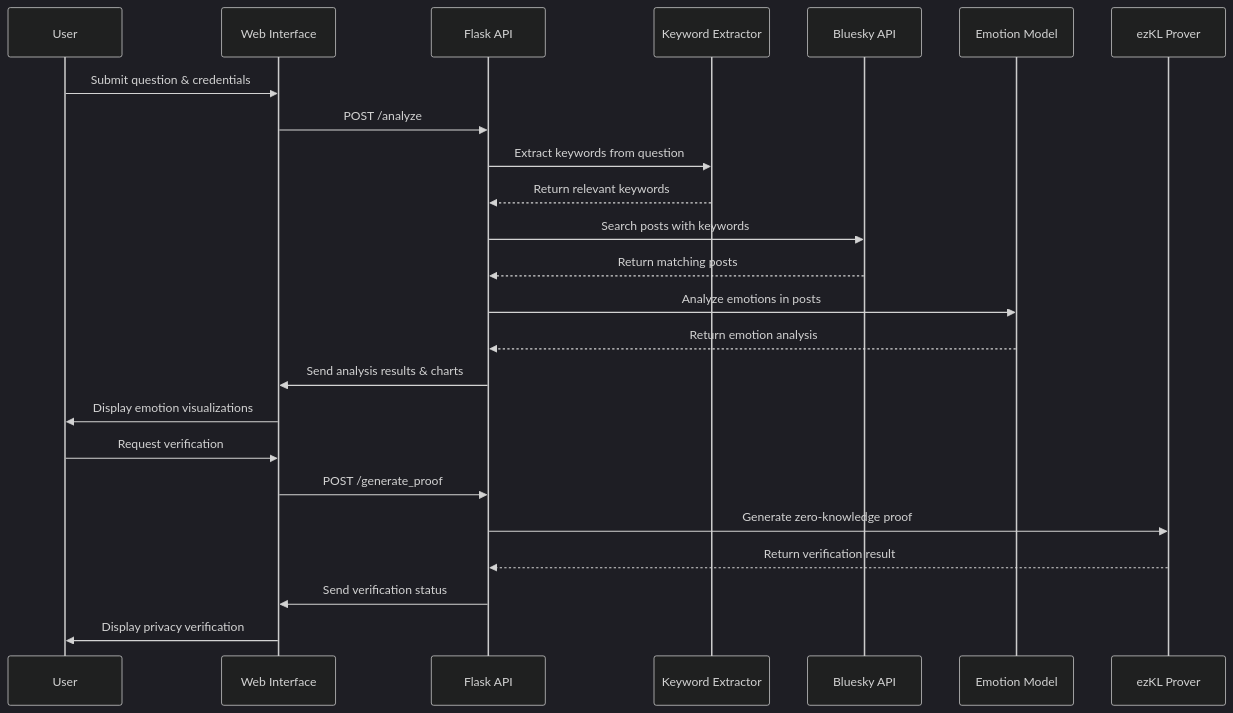
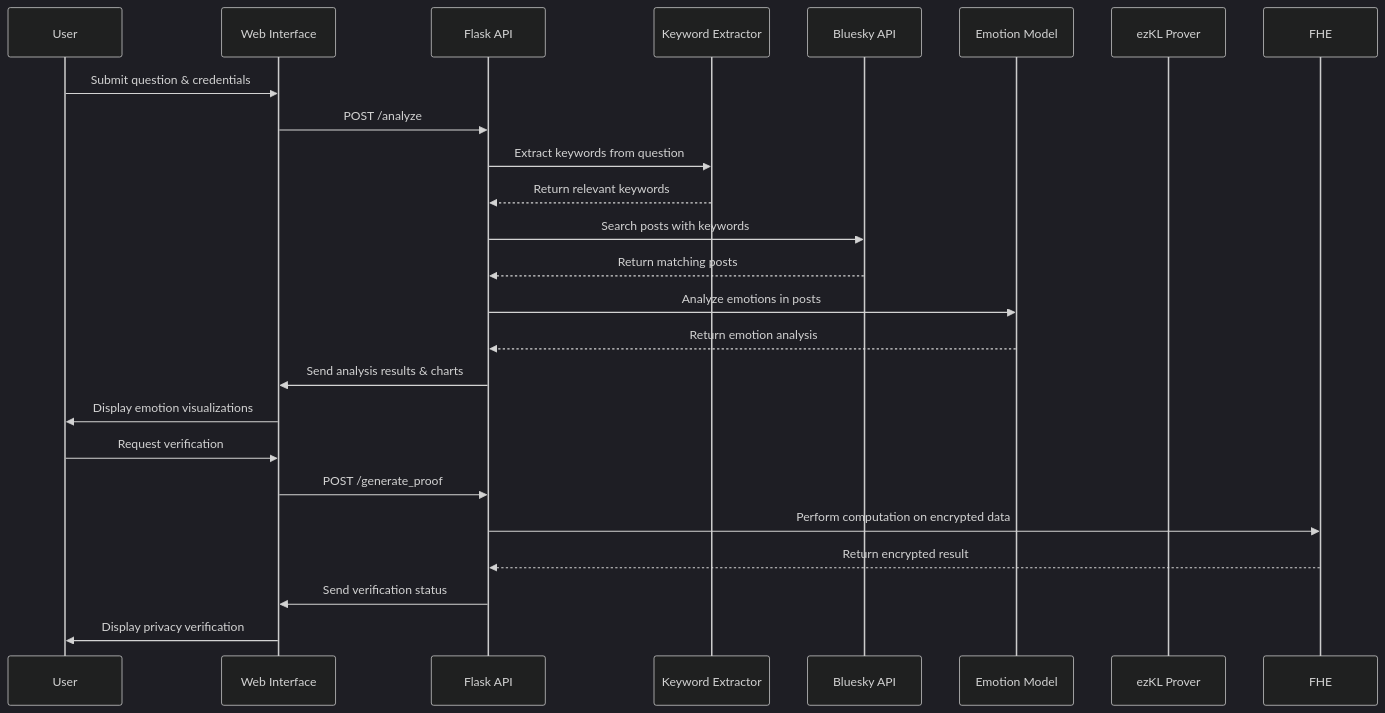
Before and after one commit to aka-0x4C3DD/encode-zkML-bootcamp-project: the second of 2 diagrams in README.md, drawn with Mermaid (dark theme). The commit also changed other lines of this file and 9 other files, not shown here.

````diff
--- a/README.md
+++ b/README.md
@@ -85,28 +85,28 @@
 ```mermaid
 sequenceDiagram
     participant User
     participant WebUI as Web Interface
     participant API as Flask API
     participant NLP as Keyword Extractor
     participant BSky as Bluesky API
     participant Model as Emotion Model
     participant ZKP as ezKL Prover
 
     User->>WebUI: Submit question & credentials
     WebUI->>API: POST /analyze
     API->>NLP: Extract keywords from question
     NLP-->>API: Return relevant keywords
     API->>BSky: Search posts with keywords
     BSky-->>API: Return matching posts
     API->>Model: Analyze emotions in posts
     Model-->>API: Return emotion analysis
     API->>WebUI: Send analysis results & charts
     WebUI->>User: Display emotion visualizations
-    
+
     User->>WebUI: Request verification
     WebUI->>API: POST /generate_proof
-    API->>ZKP: Generate zero-knowledge proof
-    ZKP-->>API: Return verification result
+    API->>FHE: Perform computation on encrypted data
+    FHE-->>API: Return encrypted result
     API->>WebUI: Send verification status
     WebUI->>User: Display privacy verification
 ```
````
